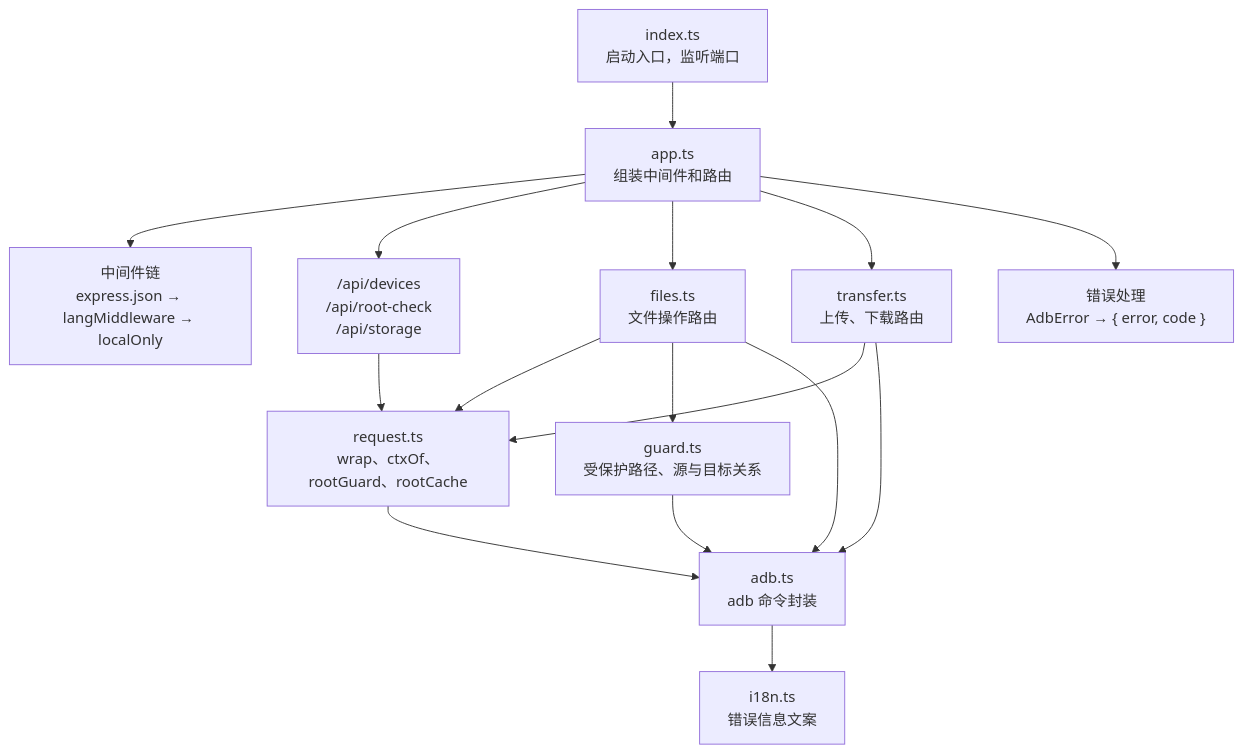
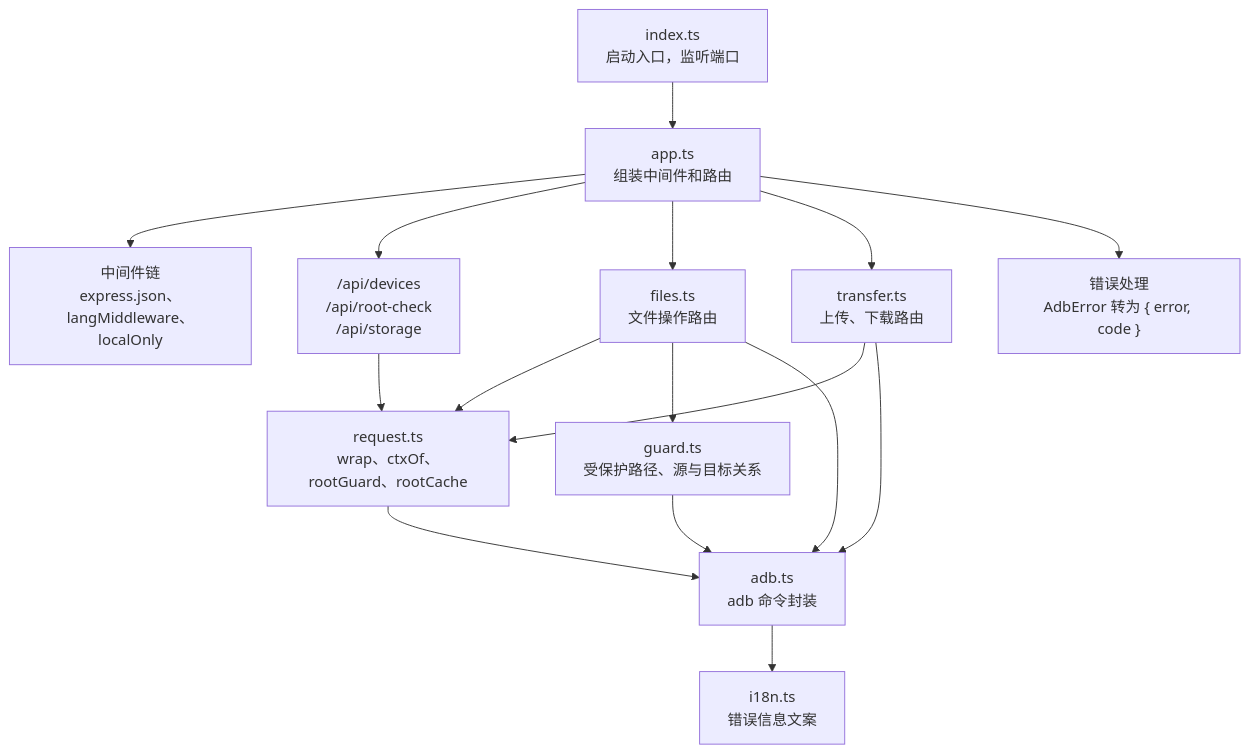
Before and after one commit to wynnyu/adb-file-manager: the third of 10 diagrams in docs/architecture.md, drawn with Mermaid. The commit also changed other lines of this file and 20 other files, not shown here.

````diff
--- a/docs/architecture.md
+++ b/docs/architecture.md
@@ -65,13 +65,13 @@
 ```mermaid
 flowchart TB
   index["index.ts<br/>启动入口，监听端口"] --> app["app.ts<br/>组装中间件和路由"]
-  app --> mw["中间件链<br/>express.json → langMiddleware → localOnly"]
+  app --> mw["中间件链<br/>express.json、langMiddleware、localOnly"]
   app --> devRoutes["/api/devices<br/>/api/root-check<br/>/api/storage"]
   app --> files["files.ts<br/>文件操作路由"]
   app --> transfer["transfer.ts<br/>上传、下载路由"]
-  app --> errh["错误处理<br/>AdbError → { error, code }"]
+  app --> errh["错误处理<br/>AdbError 转为 { error, code }"]
   files & transfer & devRoutes --> request["request.ts<br/>wrap、ctxOf、rootGuard、rootCache"]
   files --> guard["guard.ts<br/>受保护路径、源与目标关系"]
   request & guard & files & transfer --> adb["adb.ts<br/>adb 命令封装"]
   adb --> i18n["i18n.ts<br/>错误信息文案"]
 ```
````
